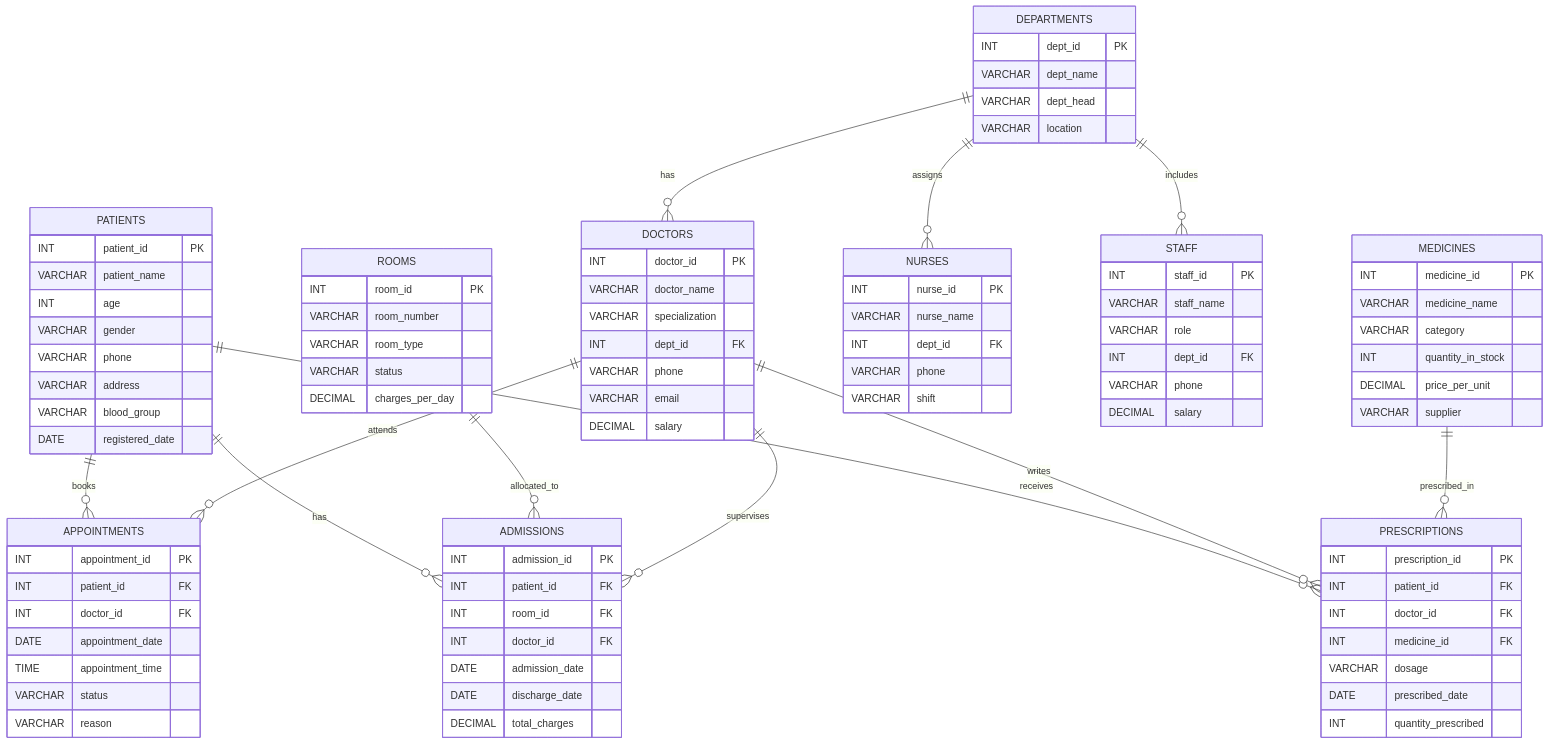
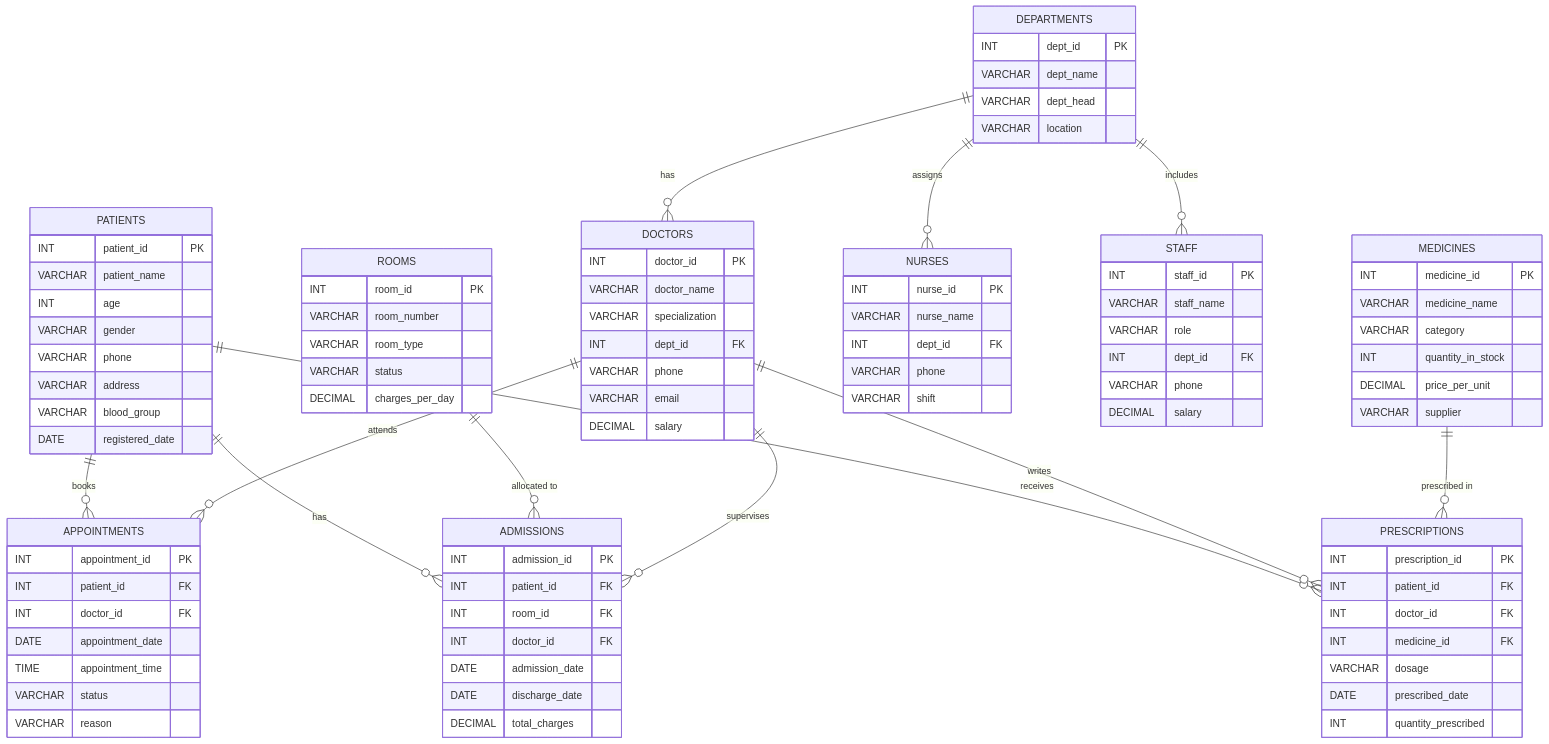
One commit to Dhruvjain2207/hospital-database changed the diagram in README.md. Above: the diagram before and after it, drawn with Mermaid. The commit also changed other lines of this file, not shown here.

Commit message:
docs: rewrite README with complete database flow, classic ER diagram, and column-level schema reference

````diff
--- a/README.md
+++ b/README.md
@@ -48,45 +233,46 @@
 ```mermaid
 erDiagram
+
     DEPARTMENTS {
-        INT dept_id PK
+        INT    dept_id    PK
         VARCHAR dept_name
         VARCHAR dept_head
         VARCHAR location
     }
 
     DOCTORS {
-        INT doctor_id PK
+        INT     doctor_id      PK
         VARCHAR doctor_name
         VARCHAR specialization
-        INT dept_id FK
+        INT     dept_id        FK
         VARCHAR phone
         VARCHAR email
         DECIMAL salary
     }
 
     PATIENTS {
-        INT patient_id PK
+        INT     patient_id      PK
         VARCHAR patient_name
-        INT age
+        INT     age
         VARCHAR gender
         VARCHAR phone
         VARCHAR address
         VARCHAR blood_group
-        DATE registered_date
+        DATE    registered_date
     }
 
     APPOINTMENTS {
-        INT appointment_id PK
-        INT patient_id FK
-        INT doctor_id FK
-        DATE appointment_date
-        TIME appointment_time
+        INT     appointment_id   PK
+        INT     patient_id       FK
+        INT     doctor_id        FK
+        DATE    appointment_date
+        TIME    appointment_time
         VARCHAR status
         VARCHAR reason
     }
 
     ROOMS {
-        INT room_id PK
+        INT     room_id         PK
         VARCHAR room_number
         VARCHAR room_type
         VARCHAR status
@@ -94,60 +280,60 @@
     }
 
     ADMISSIONS {
-        INT admission_id PK
-        INT patient_id FK
-        INT room_id FK
-        INT doctor_id FK
-        DATE admission_date
-        DATE discharge_date
+        INT     admission_id   PK
+        INT     patient_id     FK
+        INT     room_id        FK
+        INT     doctor_id      FK
+        DATE    admission_date
+        DATE    discharge_date
         DECIMAL total_charges
     }
 
     NURSES {
-        INT nurse_id PK
+        INT     nurse_id   PK
         VARCHAR nurse_name
-        INT dept_id FK
+        INT     dept_id    FK
         VARCHAR phone
         VARCHAR shift
     }
 
     STAFF {
-        INT staff_id PK
+        INT     staff_id   PK
         VARCHAR staff_name
         VARCHAR role
-        INT dept_id FK
+        INT     dept_id    FK
         VARCHAR phone
         DECIMAL salary
     }
 
     MEDICINES {
-        INT medicine_id PK
+        INT     medicine_id       PK
         VARCHAR medicine_name
         VARCHAR category
-        INT quantity_in_stock
+        INT     quantity_in_stock
         DECIMAL price_per_unit
         VARCHAR supplier
     }
 
     PRESCRIPTIONS {
-        INT prescription_id PK
-        INT patient_id FK
-        INT doctor_id FK
-        INT medicine_id FK
+        INT     prescription_id    PK
+        INT     patient_id         FK
+        INT     doctor_id          FK
+        INT     medicine_id        FK
         VARCHAR dosage
-        DATE prescribed_date
-        INT quantity_prescribed
+        DATE    prescribed_date
+        INT     quantity_prescribed
     }
 
-    DEPARTMENTS ||--o{ DOCTORS : has
-    DEPARTMENTS ||--o{ NURSES : assigns
-    DEPARTMENTS ||--o{ STAFF : includes
-    PATIENTS ||--o{ APPOINTMENTS : books
-    DOCTORS ||--o{ APPOINTMENTS : attends
-    PATIENTS ||--o{ ADMISSIONS : has
-    ROOMS ||--o{ ADMISSIONS : allocated_to
-    DOCTORS ||--o{ ADMISSIONS : supervises
-    PATIENTS ||--o{ PRESCRIPTIONS : receives
-    DOCTORS ||--o{ PRESCRIPTIONS : writes
-    MEDICINES ||--o{ PRESCRIPTIONS : prescribed_in
+    DEPARTMENTS  ||--o{ DOCTORS       : "has"
+    DEPARTMENTS  ||--o{ NURSES        : "assigns"
+    DEPARTMENTS  ||--o{ STAFF         : "includes"
+    PATIENTS     ||--o{ APPOINTMENTS  : "books"
+    DOCTORS      ||--o{ APPOINTMENTS  : "attends"
+    PATIENTS     ||--o{ ADMISSIONS    : "has"
+    ROOMS        ||--o{ ADMISSIONS    : "allocated to"
+    DOCTORS      ||--o{ ADMISSIONS    : "supervises"
+    PATIENTS     ||--o{ PRESCRIPTIONS : "receives"
+    DOCTORS      ||--o{ PRESCRIPTIONS : "writes"
+    MEDICINES    ||--o{ PRESCRIPTIONS : "prescribed in"
 ```
````
